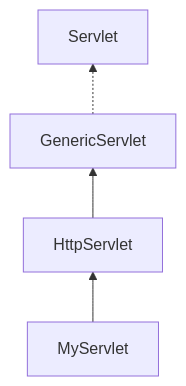
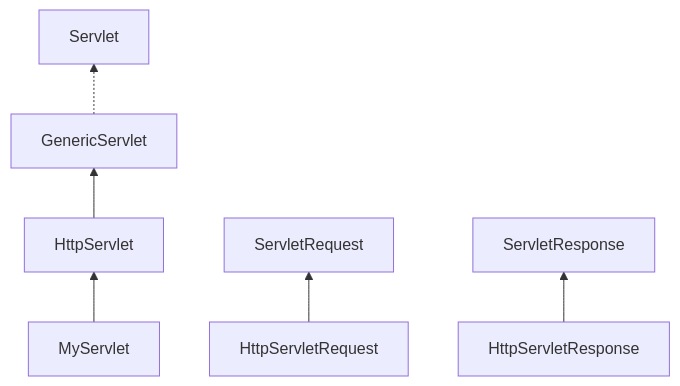
The diagram in books/HeadFirstServlets&JSP/4-作为servlet：请求和响应.md (Biorson/NotesMarkdown), drawn with Mermaid before and after one commit. The commit also changed other lines of this file, not shown here.

````diff
--- a/books/HeadFirstServlets&JSP/4-作为servlet：请求和响应.md
+++ b/books/HeadFirstServlets&JSP/4-作为servlet：请求和响应.md
@@ -20,6 +20,9 @@
 ```mermaid
 graph BT
 	MyServlet --> HttpServlet
 	HttpServlet --> GenericServlet
 	GenericServlet -.-> Servlet
+	
+	HttpServletRequest --> ServletRequest
+	HttpServletResponse --> ServletResponse
 ```
````
